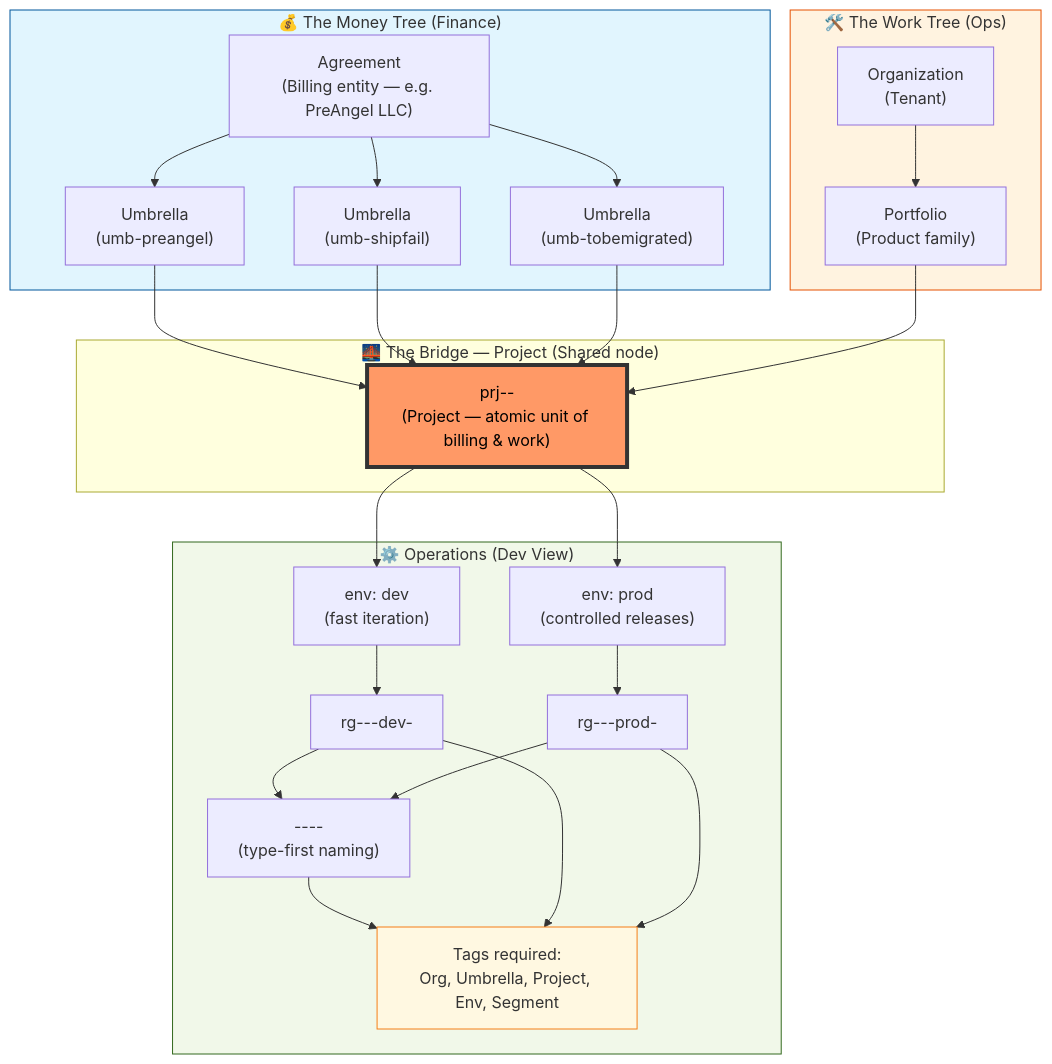
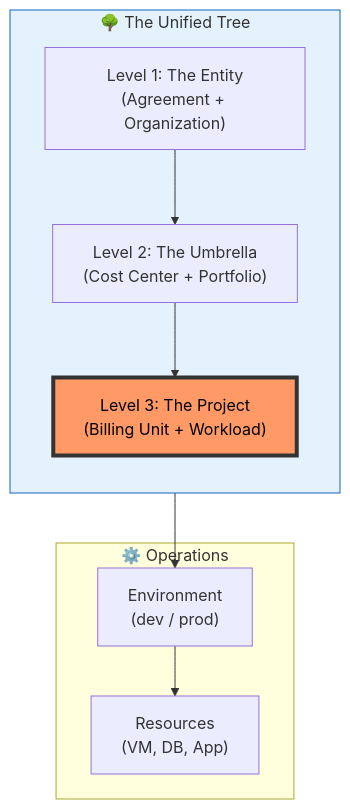
One commit to wechaty/jekyll changed the diagram in jekyll/_posts/2025-11-29-ship-fail-azure-naming-playbook.md. Above: the diagram before and after it, drawn with Mermaid. The commit also changed other lines of this file, not shown here.

Commit message:
docs: update excerpt to reflect 'Unified Tree' naming playbook and enhance clarity

````diff
--- a/jekyll/_posts/2025-11-29-ship-fail-azure-naming-playbook.md
+++ b/jekyll/_posts/2025-11-29-ship-fail-azure-naming-playbook.md
@@ -40,59 +36,22 @@
 ```mermaid
 graph TD
-    subgraph Money_Tree["💰 The Money Tree (Finance)"]
-        Agreement["Agreement<br/>(Billing entity — e.g. PreAngel LLC)"]
-        Umb_pre["Umbrella<br/>(umb-preangel)"]
-        Umb_ship["Umbrella<br/>(umb-shipfail)"]
-        Umb_tbm["Umbrella<br/>(umb-tobemigrated)"]
+    subgraph Unified_Tree ["🌳 The Unified Tree"]
+        direction TB
+        Entity["Level 1: The Entity<br/>(Agreement + Organization)"]
+        Umbrella["Level 2: The Umbrella<br/>(Cost Center + Portfolio)"]
+        Project["Level 3: The Project<br/>(Billing Unit + Workload)"]
     end
 
-    subgraph Work_Tree["🛠️ The Work Tree (Ops)"]
-        Org["Organization<br/>(Tenant)"]
-        Portfolio["Portfolio<br/>(Product family)"]
+    subgraph Operations ["⚙️ Operations"]
+        Env["Environment<br/>(dev / prod)"]
+        Res["Resources<br/>(VM, DB, App)"]
     end
 
-    subgraph The_Bridge["🌉 The Bridge — Project (Shared node)"]
-        Project["prj-<umbrella>-<project><br/>(Project — atomic unit of billing & work)"]
-    end
+    Entity --> Umbrella
+    Umbrella --> Project
+    Project --> Env
+    Env --> Res
 
-    subgraph Operations["⚙️ Operations (Dev View)"]
-        Env_dev["env: dev<br/>(fast iteration)"]
-        Env_prod["env: prod<br/>(controlled releases)"]
-        RG_dev["rg-<umbrella>-<project>-dev-<segment?>"]
-        RG_prod["rg-<umbrella>-<project>-prod-<segment?>"]
-        Resource["<type>-<umbrella>-<project>-<env>-<segment?><br/>(type-first naming)"]
-        Tags["Tags required:<br/>Org, Umbrella, Project, Env, Segment"]
-    end
-
-    %% Finance connections
-    Agreement --> Umb_pre
-    Agreement --> Umb_ship
-    Agreement --> Umb_tbm
-    Umb_pre --> Project
-    Umb_ship --> Project
-    Umb_tbm --> Project
-
-    %% Operations connections
-    Org --> Portfolio
-    Portfolio --> Project
-
-    Project --> Env_dev
-    Project --> Env_prod
-
-    Env_dev --> RG_dev
-    Env_prod --> RG_prod
-
-    RG_dev --> Resource
-    RG_prod --> Resource
-
-    Resource --> Tags
-    RG_dev --> Tags
-    RG_prod --> Tags
-
-    %% Emphasis styling
+    style Unified_Tree fill:#e3f2fd,stroke:#1565c0
     style Project fill:#f96,stroke:#333,stroke-width:4px,color:black
-    style Money_Tree fill:#e1f5fe,stroke:#01579b
-    style Work_Tree fill:#fff3e0,stroke:#e65100
-    style Operations fill:#f1f8e9,stroke:#33691e
-    style Tags fill:#fff8e1,stroke:#f57f17
 ```
````
